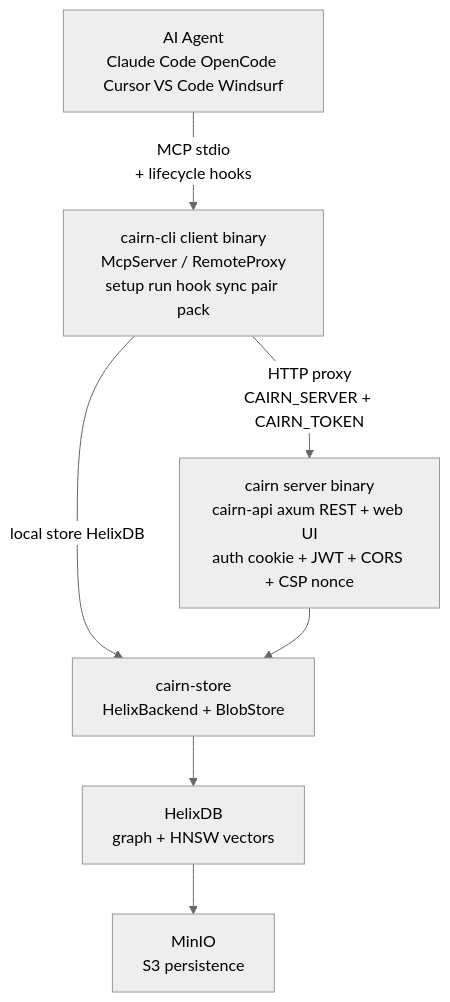
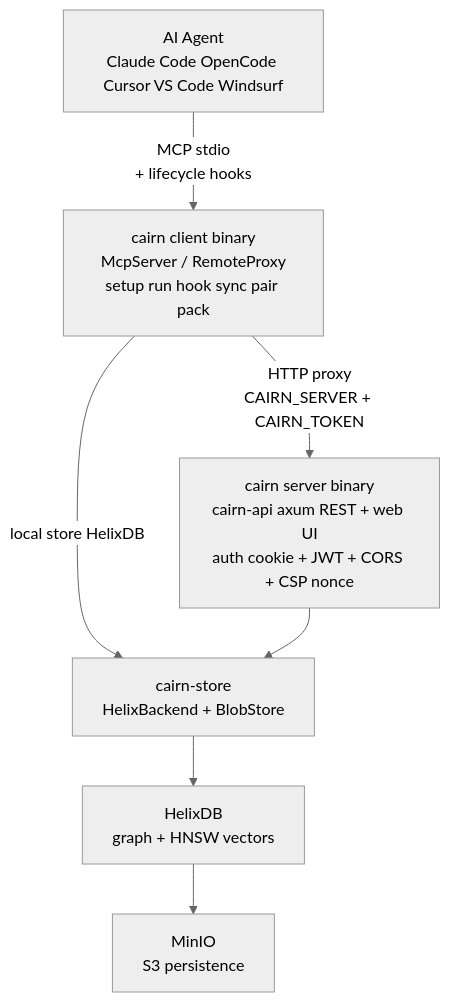
One commit to Vellixia/cairn changed the first of 2 diagrams in docs/ARCHITECTURE.md. Above: the diagram before and after it, drawn with Mermaid (neutral theme). The commit also changed other lines of this file and 38 other files, not shown here.

````diff
--- a/docs/ARCHITECTURE.md
+++ b/docs/ARCHITECTURE.md
@@ -10,16 +10,16 @@
 ```mermaid
 graph TD
     Agent["AI Agent<br/>Claude Code OpenCode Cursor VS Code Windsurf"]
-    CLI["cairn-cli client binary<br/>McpServer / RemoteProxy<br/>setup run hook sync pair pack"]
+    CLI["cairn client binary<br/>McpServer / RemoteProxy<br/>setup run hook sync pair pack"]
     Server["cairn server binary<br/>cairn-api axum REST + web UI<br/>auth cookie + JWT + CORS + CSP nonce"]
     Store["cairn-store<br/>HelixBackend + BlobStore"]
     Helix["HelixDB<br/>graph + HNSW vectors"]
     MinIO["MinIO<br/>S3 persistence"]
 
     Agent -->|"MCP stdio<br/>+ lifecycle hooks"| CLI
     CLI -->|"local store HelixDB"| Store
     CLI -->|"HTTP proxy<br/>CAIRN_SERVER + CAIRN_TOKEN"| Server
     Server --> Store
     Store --> Helix
     Helix --> MinIO
 ```
````
